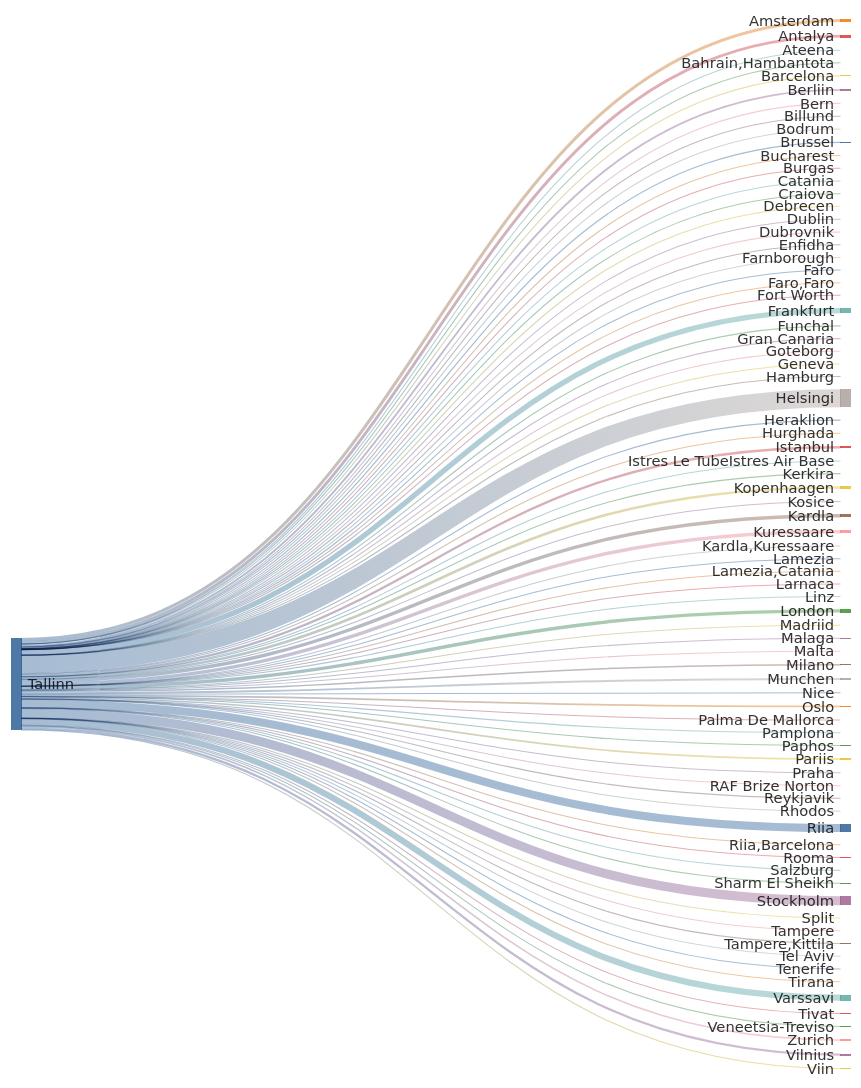
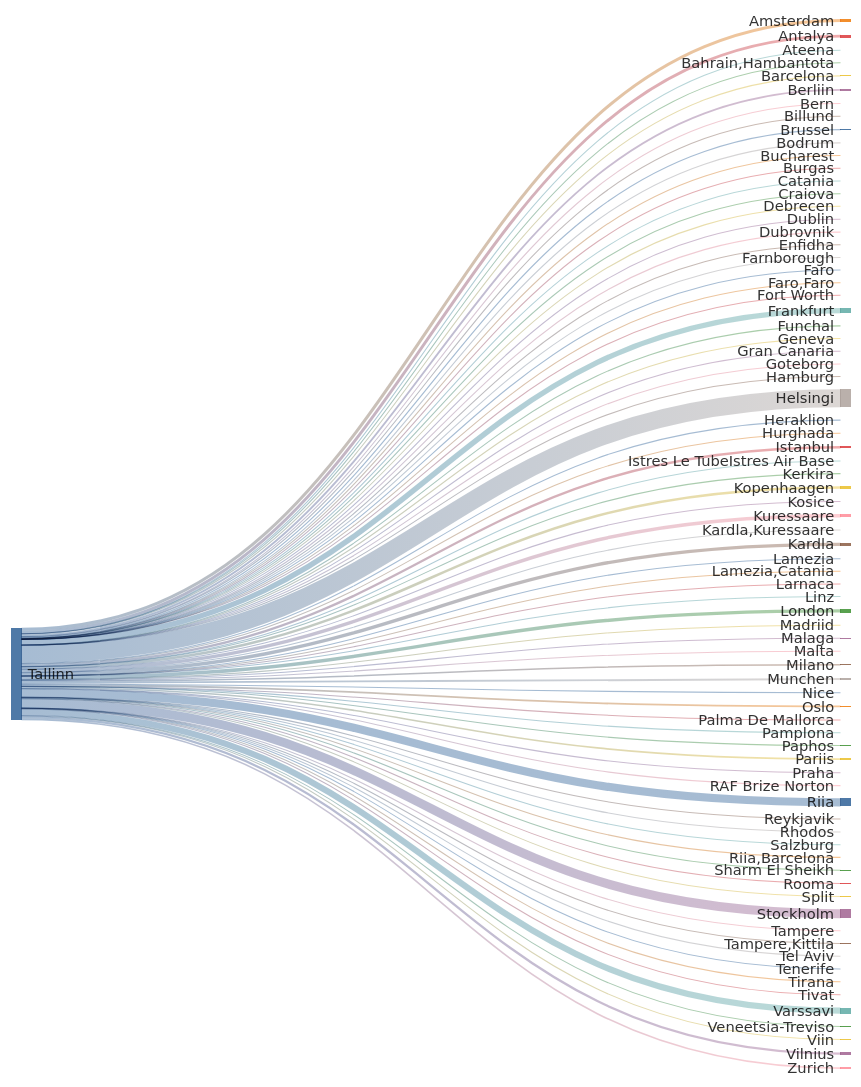
Before and after one commit to rainermesi/tll-airport-departures: the second of 2 diagrams in README.md, drawn with Mermaid. The commit also changed other lines of this file and 1 other file, not shown here.

````diff
--- a/README.md
+++ b/README.md
@@ -41,16 +41,16 @@
 ---
 sankey-beta
 %% source,target,value
-Tallinn,Amsterdam,575
-Tallinn,Antalya,546
+Tallinn,Amsterdam,577
+Tallinn,Antalya,549
 Tallinn,Ateena,16
 Tallinn,"Bahrain,Hambantota",1
 Tallinn,Barcelona,161
-Tallinn,Berliin,358
+Tallinn,Berliin,360
 Tallinn,Bern,1
 Tallinn,Billund,87
 Tallinn,Bodrum,14
-Tallinn,Brussel,221
+Tallinn,Brussel,222
 Tallinn,Bucharest,1
 Tallinn,Burgas,67
 Tallinn,Catania,2
@@ -58,66 +58,66 @@
 Tallinn,Debrecen,1
 Tallinn,Dublin,108
 Tallinn,Dubrovnik,21
-Tallinn,Enfidha,16
+Tallinn,Enfidha,17
 Tallinn,Farnborough,1
 Tallinn,Faro,4
 Tallinn,"Faro,Faro",1
 Tallinn,Fort Worth,1
-Tallinn,Frankfurt,1007
+Tallinn,Frankfurt,1010
 Tallinn,Funchal,8
 Tallinn,Geneva,13
 Tallinn,Gran Canaria,38
 Tallinn,Goteborg,2
 Tallinn,Hamburg,2
-Tallinn,Helsingi,3376
+Tallinn,Helsingi,3385
 Tallinn,Heraklion,133
 Tallinn,Hurghada,76
-Tallinn,Istanbul,438
+Tallinn,Istanbul,439
 Tallinn,Istres Le TubeIstres Air Base,2
 Tallinn,Kerkira,4
-Tallinn,Kopenhaagen,484
+Tallinn,Kopenhaagen,487
 Tallinn,Kosice,1
-Tallinn,Kuressaare,640
-Tallinn,Kardla,642
+Tallinn,Kuressaare,642
+Tallinn,Kardla,644
 Tallinn,"Kardla,Kuressaare",1
 Tallinn,Lamezia,5
 Tallinn,"Lamezia,Catania",3
-Tallinn,Larnaca,7
+Tallinn,Larnaca,8
 Tallinn,Linz,2
-Tallinn,London,653
+Tallinn,London,655
 Tallinn,Madriid,5
 Tallinn,Malaga,139
 Tallinn,Malta,35
 Tallinn,Milano,285
-Tallinn,Munchen,360
+Tallinn,Munchen,362
 Tallinn,Nice,65
-Tallinn,Oslo,339
+Tallinn,Oslo,340
 Tallinn,Palma De Mallorca,39
 Tallinn,Pamplona,1
 Tallinn,Paphos,66
-Tallinn,Pariis,301
-Tallinn,Praha,99
+Tallinn,Pariis,303
+Tallinn,Praha,100
 Tallinn,RAF Brize Norton,1
 Tallinn,Reykjavik,20
-Tallinn,Rhodos,72
-Tallinn,Riia,1534
+Tallinn,Rhodos,73
+Tallinn,Riia,1538
 Tallinn,"Riia,Barcelona",1
 Tallinn,Rooma,80
 Tallinn,Salzburg,14
-Tallinn,Sharm El Sheikh,117
-Tallinn,Split,65
-Tallinn,Stockholm,1690
+Tallinn,Sharm El Sheikh,118
+Tallinn,Split,66
+Tallinn,Stockholm,1695
 Tallinn,Tampere,17
 Tallinn,"Tampere,Kittila",21
 Tallinn,Tel Aviv,2
 Tallinn,Tenerife,58
 Tallinn,Tirana,42
 Tallinn,Tivat,79
-Tallinn,Varssavi,1170
+Tallinn,Varssavi,1174
 Tallinn,Veneetsia-Treviso,67
 Tallinn,Viin,106
-Tallinn,Vilnius,429
-Tallinn,Zurich,303
+Tallinn,Vilnius,430
+Tallinn,Zurich,304
 
 
 ```
````
